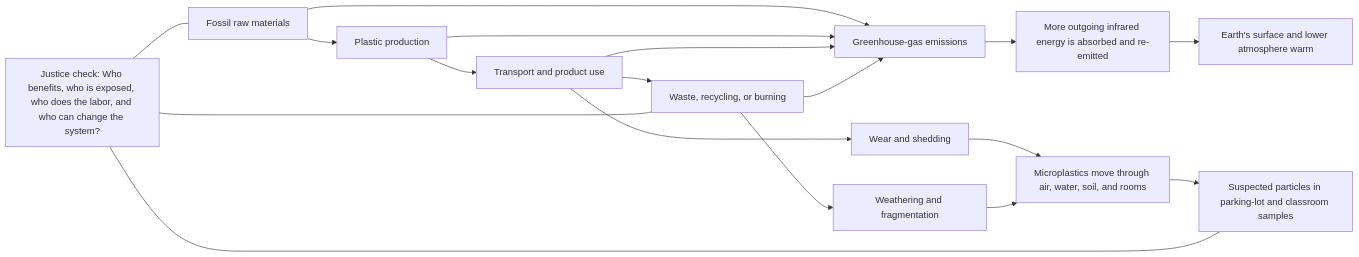
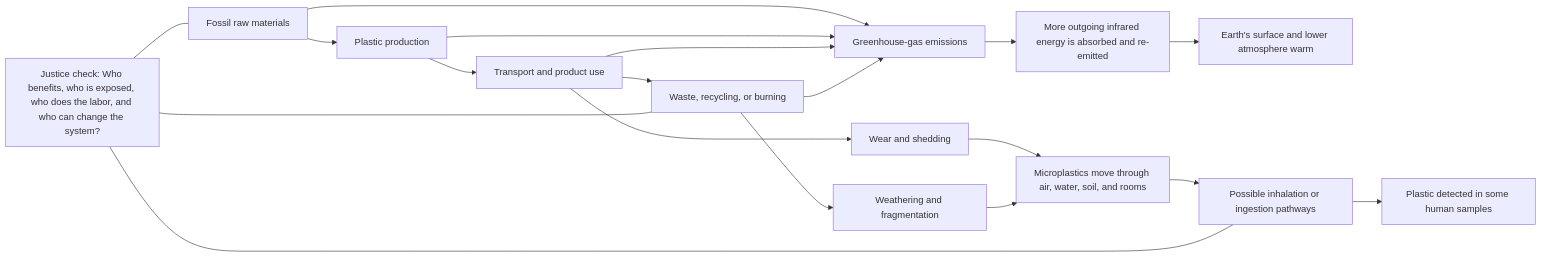
One commit to pzg8794/EDU486 changed the diagram in assignments/05-july14-camp-prep/invisible-invaders-plastic-carbon-temperature-model.md. Above: the diagram before and after it, drawn with Mermaid. The commit also changed other lines of this file and 39 other files, not shown here.

````diff
--- a/assignments/05-july14-camp-prep/invisible-invaders-plastic-carbon-temperature-model.md
+++ b/assignments/05-july14-camp-prep/invisible-invaders-plastic-carbon-temperature-model.md
@@ -17,20 +17,21 @@
 ```mermaid
 flowchart LR
     A["Fossil raw materials"] --> B["Plastic production"]
     B --> C["Transport and product use"]
     C --> D["Waste, recycling, or burning"]
     A --> E["Greenhouse-gas emissions"]
     B --> E
     C --> E
     D --> E
     E --> F["More outgoing infrared energy is absorbed and re-emitted"]
     F --> G["Earth's surface and lower atmosphere warm"]
     C --> H["Wear and shedding"]
     D --> I["Weathering and fragmentation"]
     H --> J["Microplastics move through air, water, soil, and rooms"]
     I --> J
-    J --> K["Suspected particles in parking-lot and classroom samples"]
+    J --> K["Possible inhalation or ingestion pathways"]
+    K --> M["Plastic detected in some human samples"]
     L["Justice check: Who benefits, who is exposed, who does the labor, and who can change the system?"] --- A
     L --- D
     L --- K
 ```
````
